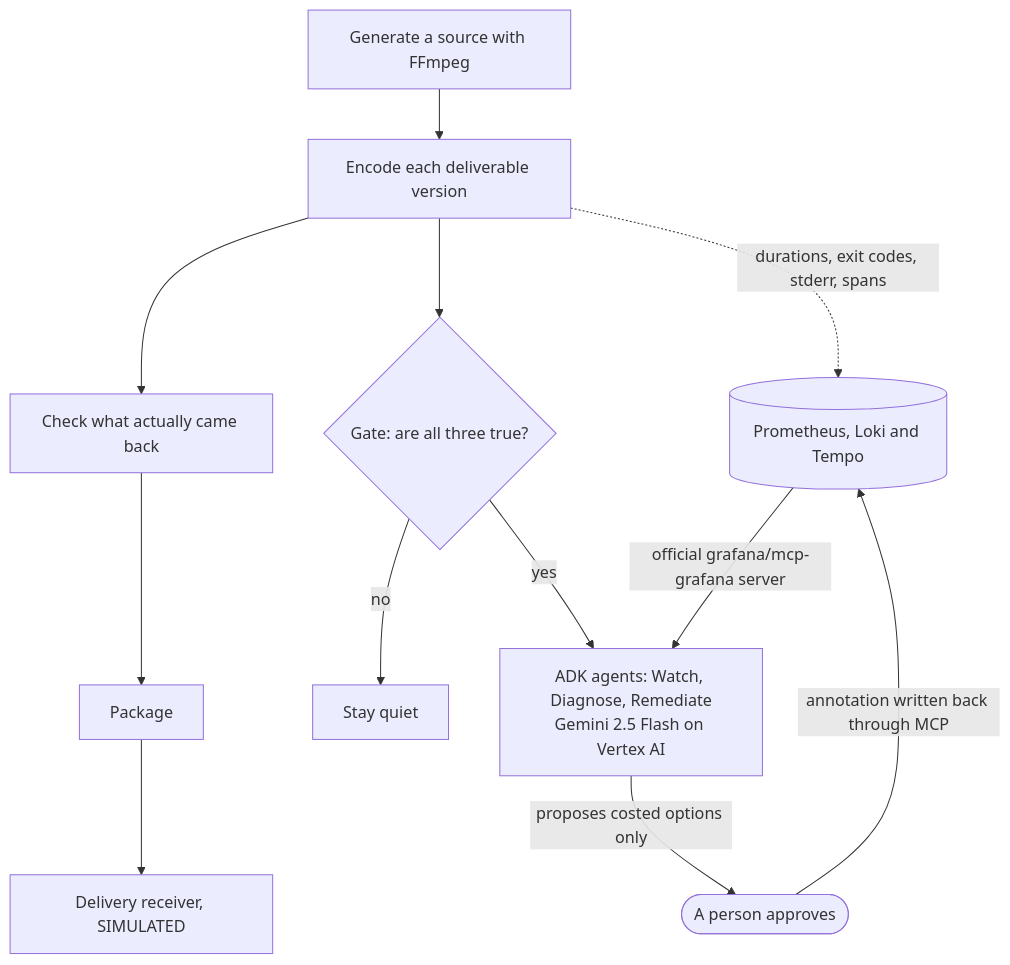
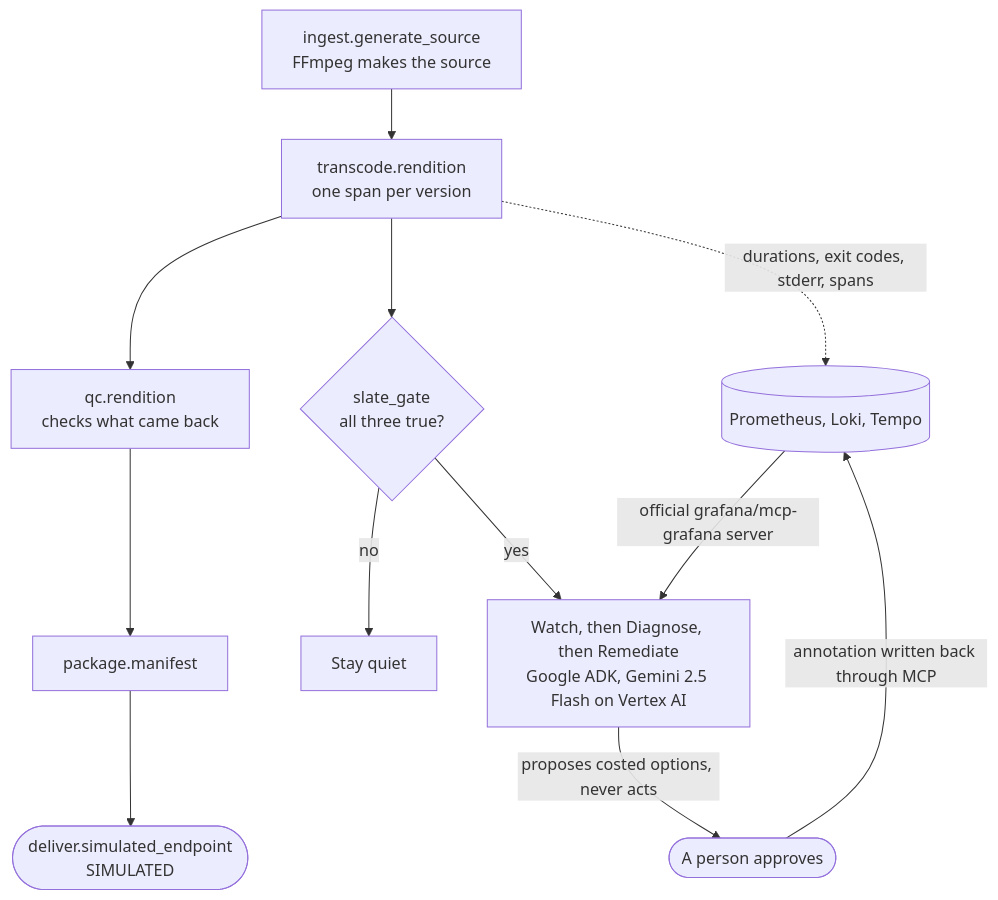
The diagram in README.md (usv240/slate), drawn with Mermaid before and after one commit. The commit also changed other lines of this file and 10 other files, not shown here.

````diff
--- a/README.md
+++ b/README.md
@@ -62,17 +64,20 @@
 ```mermaid
 flowchart TD
-    SRC["Generate a source with FFmpeg"] --> ENC["Encode each deliverable version"]
-    ENC --> QC["Check what actually came back"]
-    QC --> PKG["Package"]
-    PKG --> RCV["Delivery receiver, SIMULATED"]
+    SRC["ingest.generate_source<br/>FFmpeg makes the source"]
+    ENC["transcode.rendition<br/>one span per version"]
+    QC["qc.rendition<br/>checks what came back"]
+    PKG["package.manifest"]
+    RCV(["deliver.simulated_endpoint<br/>SIMULATED"])
 
-    ENC -.->|"durations, exit codes, stderr, spans"| OBS[("Prometheus, Loki and Tempo")]
-    ENC --> GATE{"Gate: are all three true?"}
+    SRC --> ENC --> QC --> PKG --> RCV
+
+    ENC -.->|"durations, exit codes, stderr, spans"| OBS[("Prometheus, Loki, Tempo")]
+    ENC --> GATE{"slate_gate<br/>all three true?"}
 
     GATE -->|"no"| QUIET["Stay quiet"]
-    GATE -->|"yes"| ADK["ADK agents: Watch, Diagnose, Remediate<br/>Gemini 2.5 Flash on Vertex AI"]
+    GATE -->|"yes"| ADK["Watch, then Diagnose, then Remediate<br/>Google ADK, Gemini 2.5 Flash on Vertex AI"]
 
     OBS -->|"official grafana/mcp-grafana server"| ADK
-    ADK -->|"proposes costed options only"| HUMAN(["A person approves"])
+    ADK -->|"proposes costed options, never acts"| HUMAN(["A person approves"])
     HUMAN -->|"annotation written back through MCP"| OBS
 ```
````
